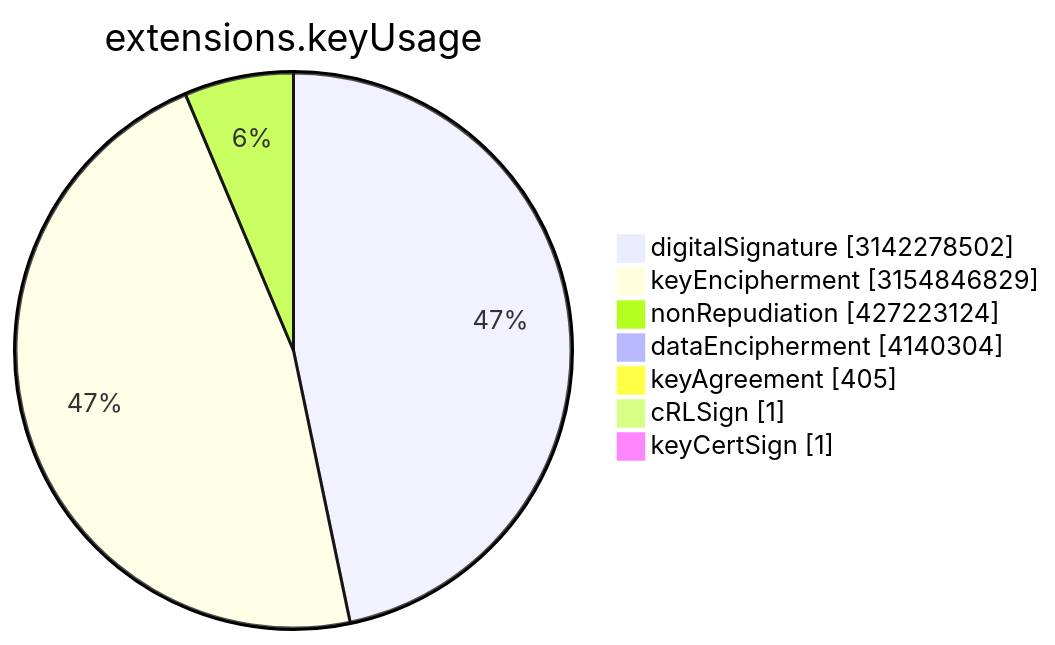
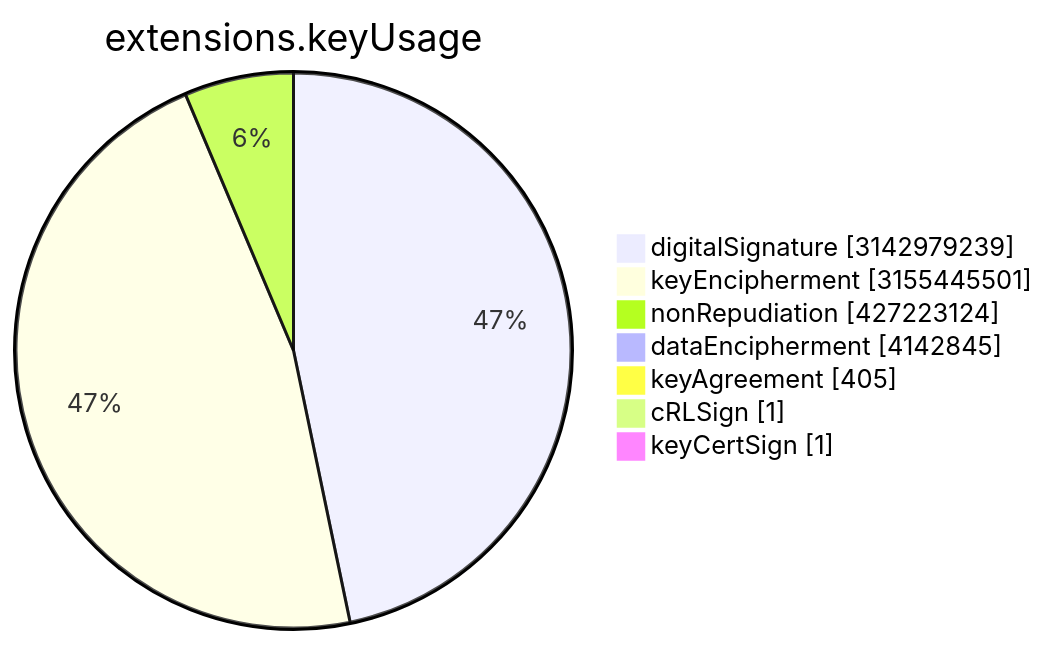
Before and after one commit to christiankrug/ctmonitor_visualization: the sixth of 15 diagrams in TOTAL/README.md, drawn with Mermaid. The commit also changed other lines of this file, not shown here.

````diff
--- a/TOTAL/README.md
+++ b/TOTAL/README.md
@@ -3077,11 +3077,11 @@
 ```mermaid
 pie showData
 title extensions.keyUsage
-"digitalSignature" :3142278502
-"keyEncipherment" :3154846829
+"digitalSignature" :3142979239
+"keyEncipherment" :3155445501
 "nonRepudiation" :427223124
-"dataEncipherment" :4140304
+"dataEncipherment" :4142845
 "keyAgreement" :405
 "cRLSign" :1
 "keyCertSign" :1
 ```
````
